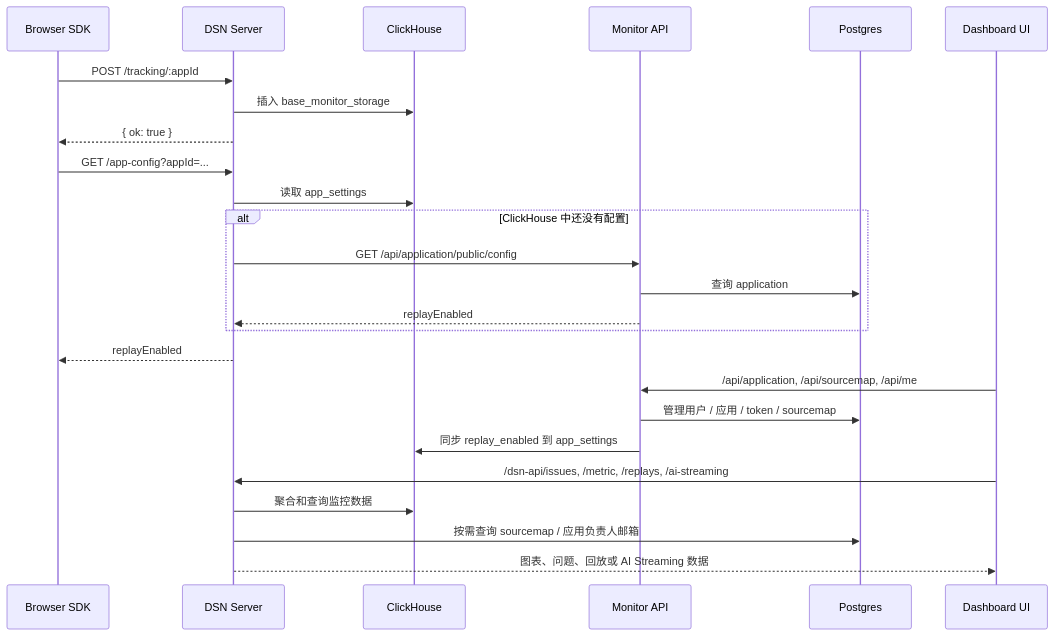
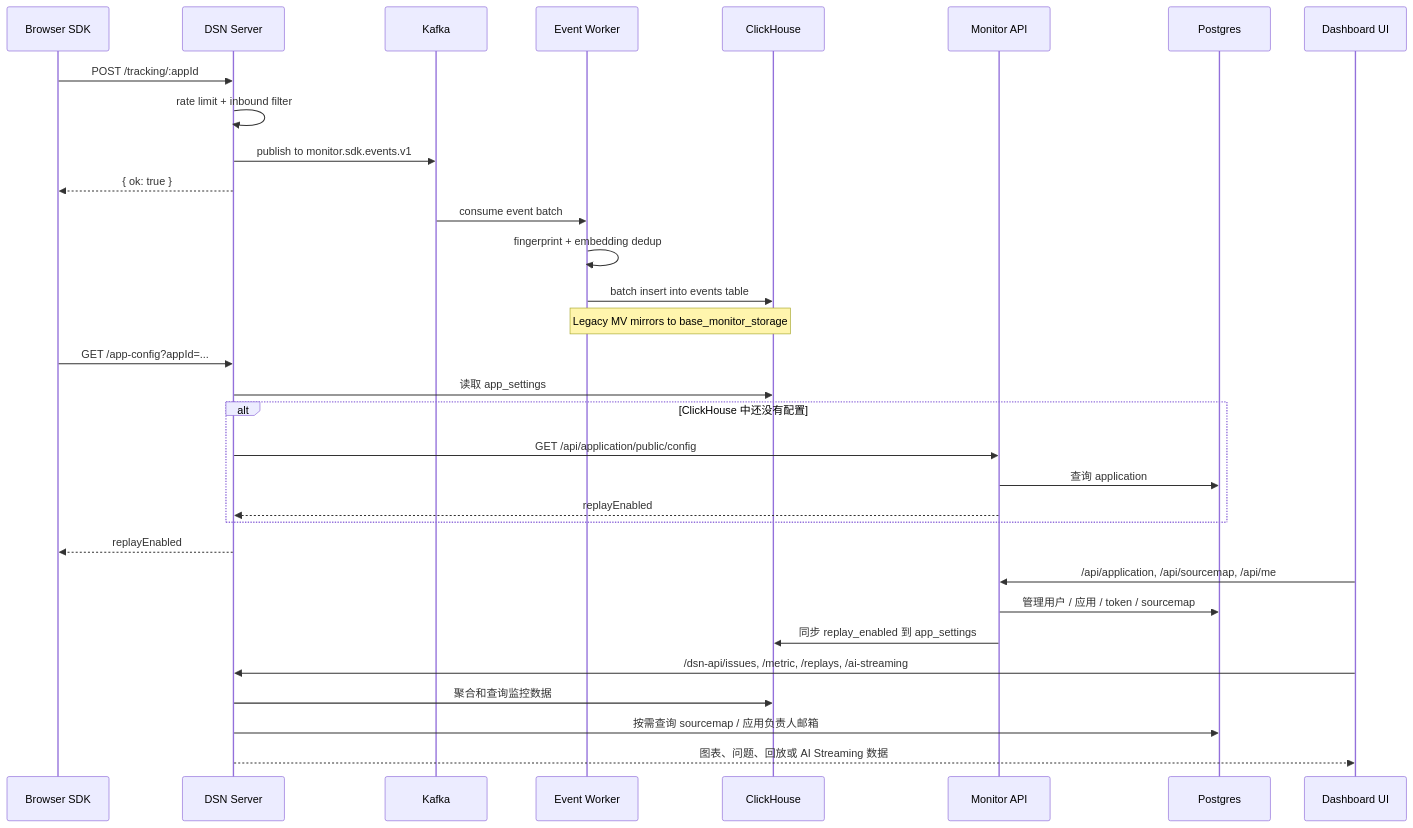
One commit to Lemonadeccc/condev-monitor changed the third of 3 diagrams in README.zh-CN.md. Above: the diagram before and after it, drawn with Mermaid. The commit also changed other lines of this file and 5 other files, not shown here.

````diff
--- a/README.zh-CN.md
+++ b/README.zh-CN.md
@@ -123,31 +140,38 @@
 ```mermaid
 sequenceDiagram
     participant B as Browser SDK
     participant D as DSN Server
+    participant K as Kafka
+    participant W as Event Worker
     participant C as ClickHouse
     participant M as Monitor API
     participant P as Postgres
     participant U as Dashboard UI
 
     B->>D: POST /tracking/:appId
-    D->>C: 插入 base_monitor_storage
+    D->>D: rate limit + inbound filter
+    D->>K: publish to monitor.sdk.events.v1
     D-->>B: { ok: true }
+    K->>W: consume event batch
+    W->>W: fingerprint + embedding dedup
+    W->>C: batch insert into events table
+    Note over W,C: Legacy MV mirrors to base_monitor_storage
 
     B->>D: GET /app-config?appId=...
     D->>C: 读取 app_settings
     alt ClickHouse 中还没有配置
         D->>M: GET /api/application/public/config
         M->>P: 查询 application
         M-->>D: replayEnabled
     end
     D-->>B: replayEnabled
 
     U->>M: /api/application, /api/sourcemap, /api/me
     M->>P: 管理用户 / 应用 / token / sourcemap
     M->>C: 同步 replay_enabled 到 app_settings
 
     U->>D: /dsn-api/issues, /metric, /replays, /ai-streaming
     D->>C: 聚合和查询监控数据
     D->>P: 按需查询 sourcemap / 应用负责人邮箱
     D-->>U: 图表、问题、回放或 AI Streaming 数据
 ```
````
